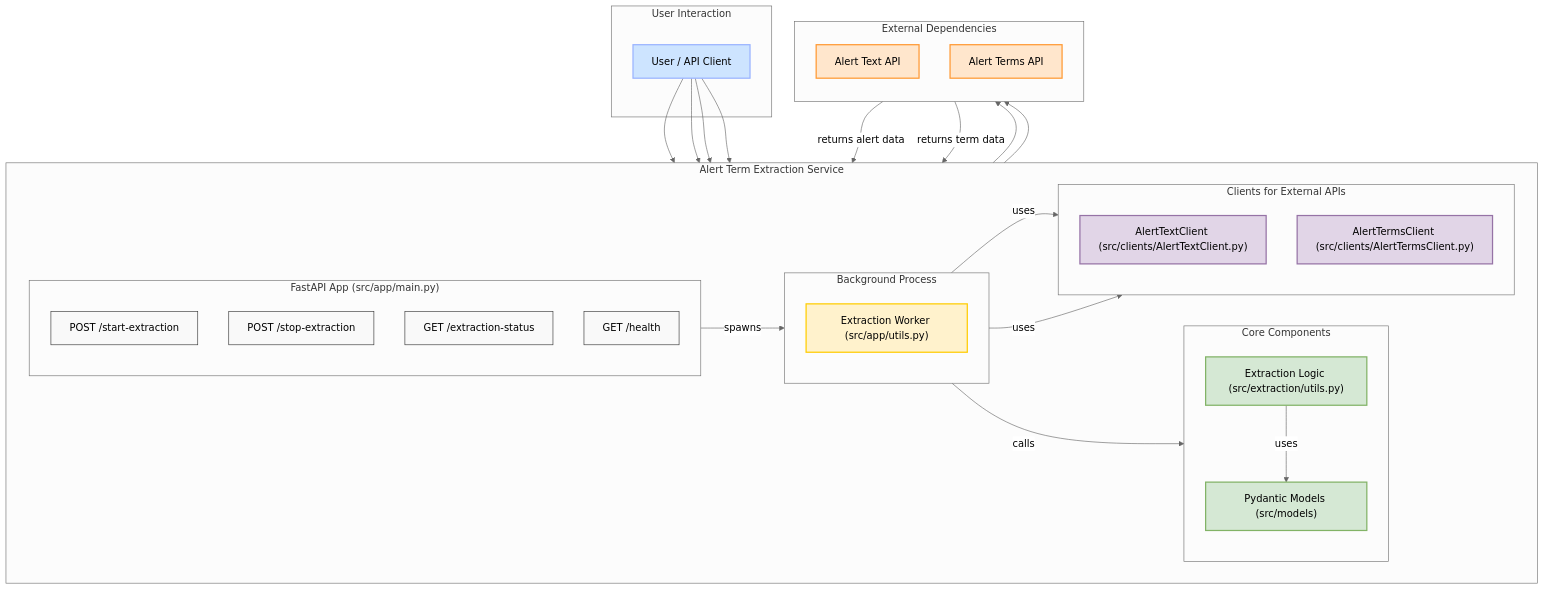
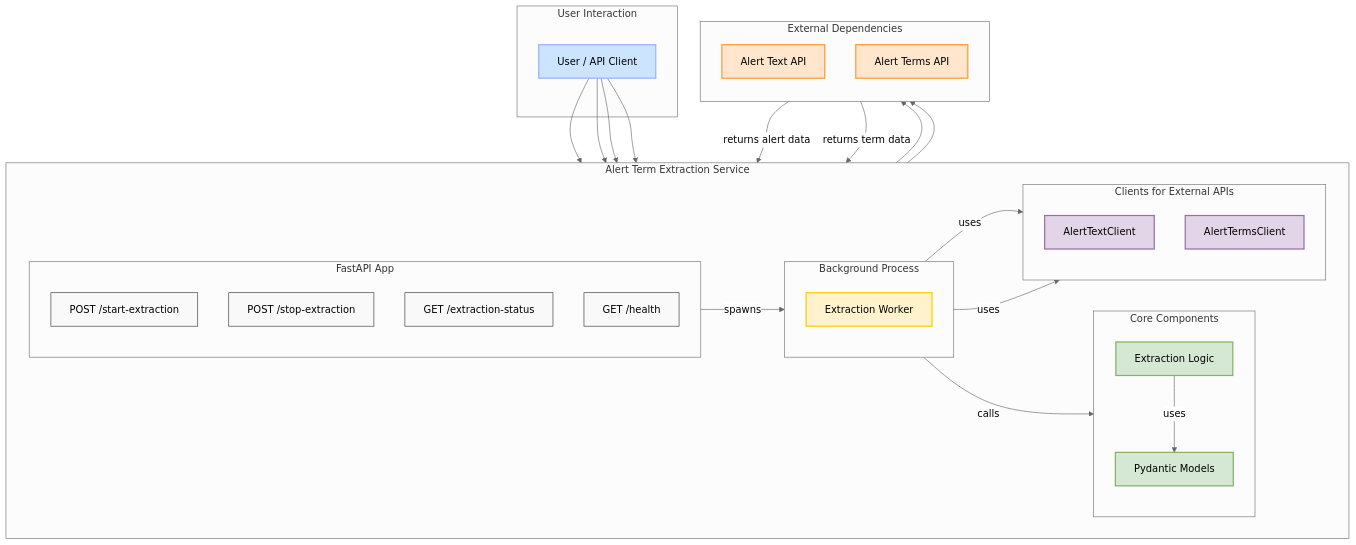
One commit to CarlosUziel/alert-term-extraction changed the diagram in README.md. Above: the diagram before and after it, drawn with Mermaid. The commit also changed other lines of this file and 3 other files, not shown here.

````diff
--- a/README.md
+++ b/README.md
@@ -259,74 +259,74 @@
 ```mermaid
 %%{init: { "theme": "neutral" } }%%
 graph TD
     subgraph "User Interaction"
         User["User / API Client"]
     end
 
     subgraph "Alert Term Extraction Service"
         direction LR
-        subgraph "FastAPI App (src/app/main.py)"
+        subgraph "FastAPI App"
             direction TB
             A1["POST /start-extraction"]
             A2["POST /stop-extraction"]
             A3["GET /extraction-status"]
             A4["GET /health"]
         end
 
         subgraph "Background Process"
             direction TB
-            B["Extraction Worker (src/app/utils.py)"]
+            B["Extraction Worker"]
         end
 
         subgraph "Core Components"
             direction TB
-            C["Extraction Logic (src/extraction/utils.py)"]
-            D["Pydantic Models (src/models)"]
+            C["Extraction Logic"]
+            D["Pydantic Models"]
         end
 
         subgraph "Clients for External APIs"
             direction TB
-            E["AlertTextClient (src/clients/AlertTextClient.py)"]
-            F["AlertTermsClient (src/clients/AlertTermsClient.py)"]
+            E["AlertTextClient"]
+            F["AlertTermsClient"]
         end
     end
 
     subgraph "External Dependencies"
         direction TB
         G["Alert Text API"]
         H["Alert Terms API"]
     end
 
     User --> A1
     User --> A2
     User --> A3
     User --> A4
 
     A1 -- spawns --> B
 
     B -- uses --> E
     B -- uses --> F
     B -- calls --> C
 
     C -- uses --> D
 
     E --> G
     F --> H
 
     G -- "returns alert data" --> E
     H -- "returns term data" --> F
 
     %% Styling
     style User fill:#cde4ff,stroke:#99b3ff,stroke-width:2px
     style A1 fill:#f9f9f9,stroke:#333,stroke-width:1px
     style A2 fill:#f9f9f9,stroke:#333,stroke-width:1px
     style A3 fill:#f9f9f9,stroke:#333,stroke-width:1px
     style A4 fill:#f9f9f9,stroke:#333,stroke-width:1px
     style B fill:#fff2cc,stroke:#ffcc00,stroke-width:2px
     style C fill:#d5e8d4,stroke:#82b366,stroke-width:2px
     style D fill:#d5e8d4,stroke:#82b366,stroke-width:2px
     style E fill:#e1d5e7,stroke:#9673a6,stroke-width:2px
     style F fill:#e1d5e7,stroke:#9673a6,stroke-width:2px
     style G fill:#ffe6cc,stroke:#ff9933,stroke-width:2px
     style H fill:#ffe6cc,stroke:#ff9933,stroke-width:2px
 ```
````
